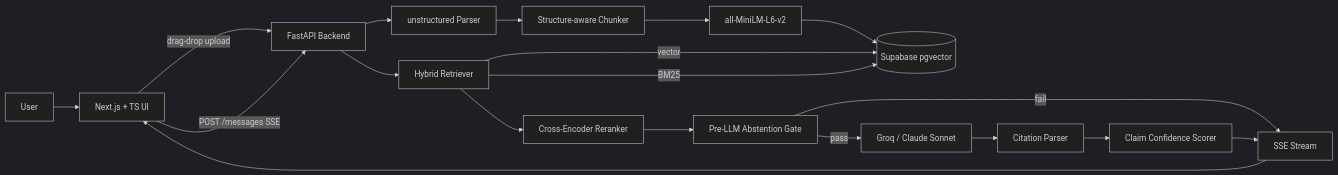
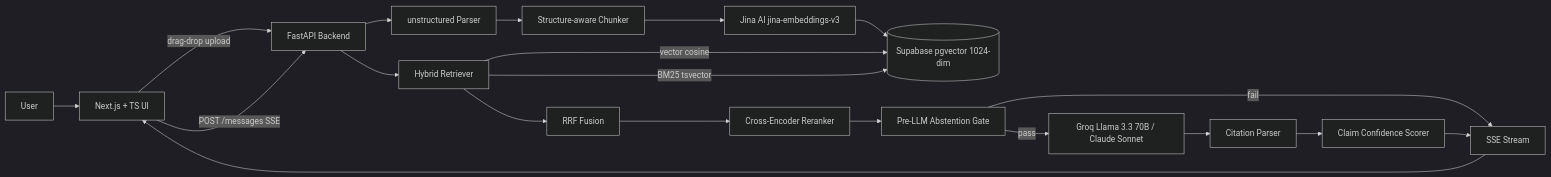
The diagram in README.md (Utkarsh272/rag-grounded), drawn with Mermaid (dark theme) before and after one commit. The commit also changed other lines of this file and 13 other files, not shown here.

````diff
--- a/README.md
+++ b/README.md
@@ -24,21 +44,22 @@
 ```mermaid
 graph LR
     User[User] --> UI[Next.js + TS UI]
     UI -->|drag-drop upload| API[FastAPI Backend]
     UI -->|POST /messages SSE| API
     API --> Parser[unstructured Parser]
     Parser --> Chunker[Structure-aware Chunker]
-    Chunker --> Embedder[all-MiniLM-L6-v2]
-    Embedder --> PG[(Supabase pgvector)]
+    Chunker --> Embedder[Jina AI jina-embeddings-v3]
+    Embedder --> PG[(Supabase pgvector 1024-dim)]
     API --> Hybrid[Hybrid Retriever]
-    Hybrid -->|vector| PG
-    Hybrid -->|BM25| PG
-    Hybrid --> Reranker[Cross-Encoder Reranker]
+    Hybrid -->|vector cosine| PG
+    Hybrid -->|BM25 tsvector| PG
+    Hybrid --> RRF[RRF Fusion]
+    RRF --> Reranker[Cross-Encoder Reranker]
     Reranker --> Abstention[Pre-LLM Abstention Gate]
-    Abstention -->|pass| LLM[Groq / Claude Sonnet]
+    Abstention -->|pass| LLM[Groq Llama 3.3 70B / Claude Sonnet]
     Abstention -->|fail| SSE
     LLM --> CitParser[Citation Parser]
     CitParser --> Confidence[Claim Confidence Scorer]
     Confidence --> SSE[SSE Stream]
     SSE --> UI
 ```
````
